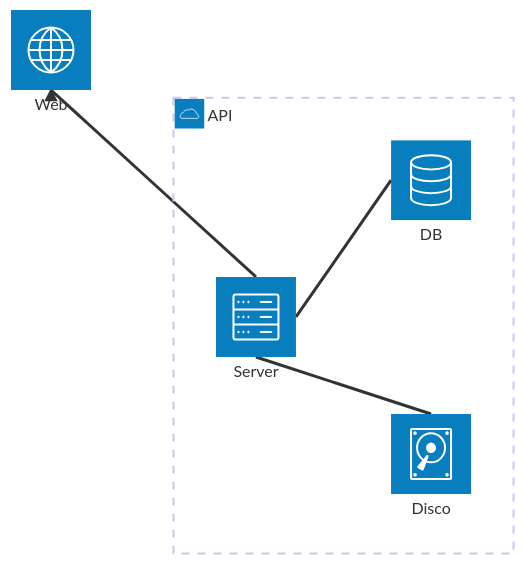
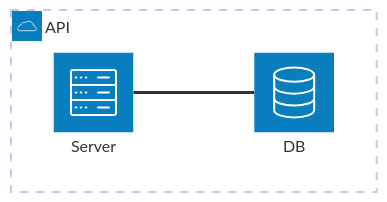
One commit to Terbiz/lectureai changed the tenth of 11 diagrams in static/skills/schemi-mermaid-avanzati.md. Above: the diagram before and after it, drawn with Mermaid. The commit also changed other lines of this file and 6 other files, not shown here.

````diff
--- a/static/skills/schemi-mermaid-avanzati.md
+++ b/static/skills/schemi-mermaid-avanzati.md
@@ -132,12 +97,7 @@
 ```mermaid
 architecture-beta
     group api(cloud)[API]
     service db(database)[DB] in api
-    service disk(disk)[Disco] in api
     service srv(server)[Server] in api
-    service web(internet)[Web]
     db:L -- R:srv
-    disk:T -- B:srv
-    srv:T --> B:web
-    align column db disk
 ```
````
